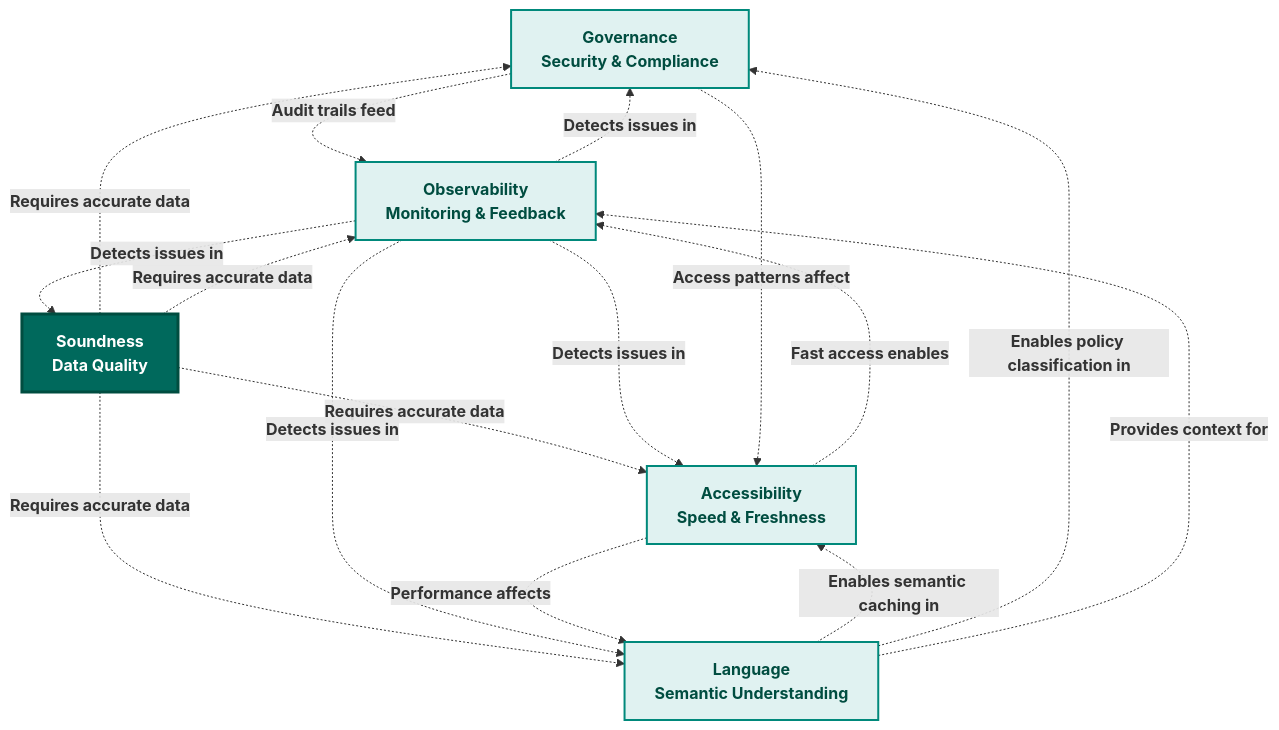
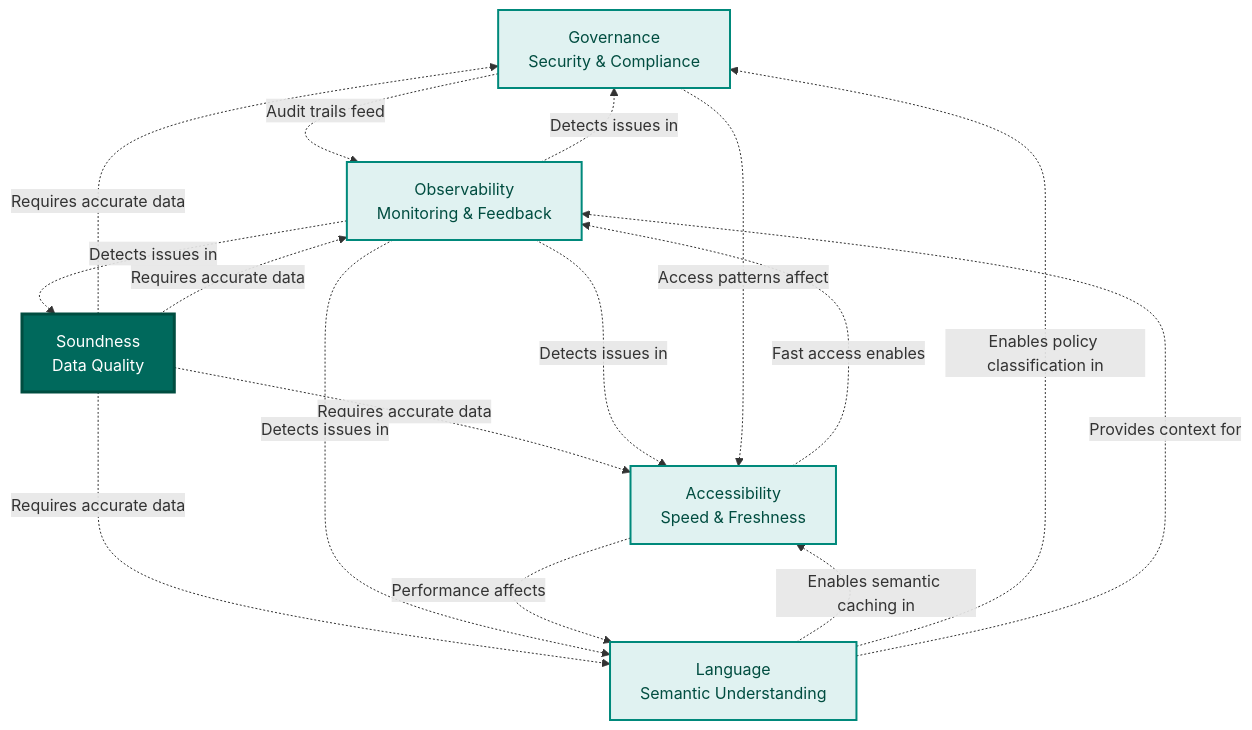
One commit to colaberry/enterprise-data-readiness-ai-agents changed the ninth of 11 diagrams in chapter-02/chapter_2_complete.md. Above: the diagram before and after it, drawn with Mermaid. The commit also changed other lines of this file and 1 other file, not shown here.

First line of the commit message:
sequence diagrams updated with font fixes

````diff
--- a/chapter-02/chapter_2_complete.md
+++ b/chapter-02/chapter_2_complete.md
@@ -1311,34 +1425,39 @@
 ```mermaid
 graph TB
-    G["<b>Governance</b><br/><b>Security & Compliance</b>"]
-    O["<b>Observability</b><br/><b>Monitoring & Feedback</b>"]
-    A["<b>Accessibility</b><br/><b>Speed & Freshness</b>"]
-    L["<b>Language</b><br/><b>Semantic Understanding</b>"]
-    S["<b>Soundness</b><br/><b>Data Quality</b>"]
+    G["Governance
+    Security & Compliance"]
+    O["Observability
+    Monitoring & Feedback"]
+    A["Accessibility
+    Speed & Freshness"]
+    L["Language
+    Semantic Understanding"]
+    S["Soundness
+    Data Quality"]
     
-    S -.->|<b>Requires accurate data</b>| G
-    S -.->|<b>Requires accurate data</b>| O
-    S -.->|<b>Requires accurate data</b>| A
-    S -.->|<b>Requires accurate data</b>| L
+    S -.->|Requires accurate data| G
+    S -.->|Requires accurate data| O
+    S -.->|Requires accurate data| A
+    S -.->|Requires accurate data| L
     
-    O -.->|<b>Detects issues in</b>| G
-    O -.->|<b>Detects issues in</b>| A
-    O -.->|<b>Detects issues in</b>| L
-    O -.->|<b>Detects issues in</b>| S
+    O -.->|Detects issues in| G
+    O -.->|Detects issues in| A
+    O -.->|Detects issues in| L
+    O -.->|Detects issues in| S
     
-    L -.->|<b>Enables semantic caching in</b>| A
-    L -.->|<b>Enables policy classification in</b>| G
-    L -.->|<b>Provides context for</b>| O
+    L -.->|Enables semantic caching in| A
+    L -.->|Enables policy classification in| G
+    L -.->|Provides context for| O
     
-    A -.->|<b>Fast access enables</b>| O
-    A -.->|<b>Performance affects</b>| L
+    A -.->|Fast access enables| O
+    A -.->|Performance affects| L
     
-    G -.->|<b>Audit trails feed</b>| O
-    G -.->|<b>Access patterns affect</b>| A
+    G -.->|Audit trails feed| O
+    G -.->|Access patterns affect| A
     
     style G fill:#e0f2f1,stroke:#00897b,stroke-width:2px,color:#004d40
     style O fill:#e0f2f1,stroke:#00897b,stroke-width:2px,color:#004d40
     style A fill:#e0f2f1,stroke:#00897b,stroke-width:2px,color:#004d40
     style L fill:#e0f2f1,stroke:#00897b,stroke-width:2px,color:#004d40
     style S fill:#00695c,color:#ffffff,stroke:#004d40,stroke-width:3px
 ```
````
